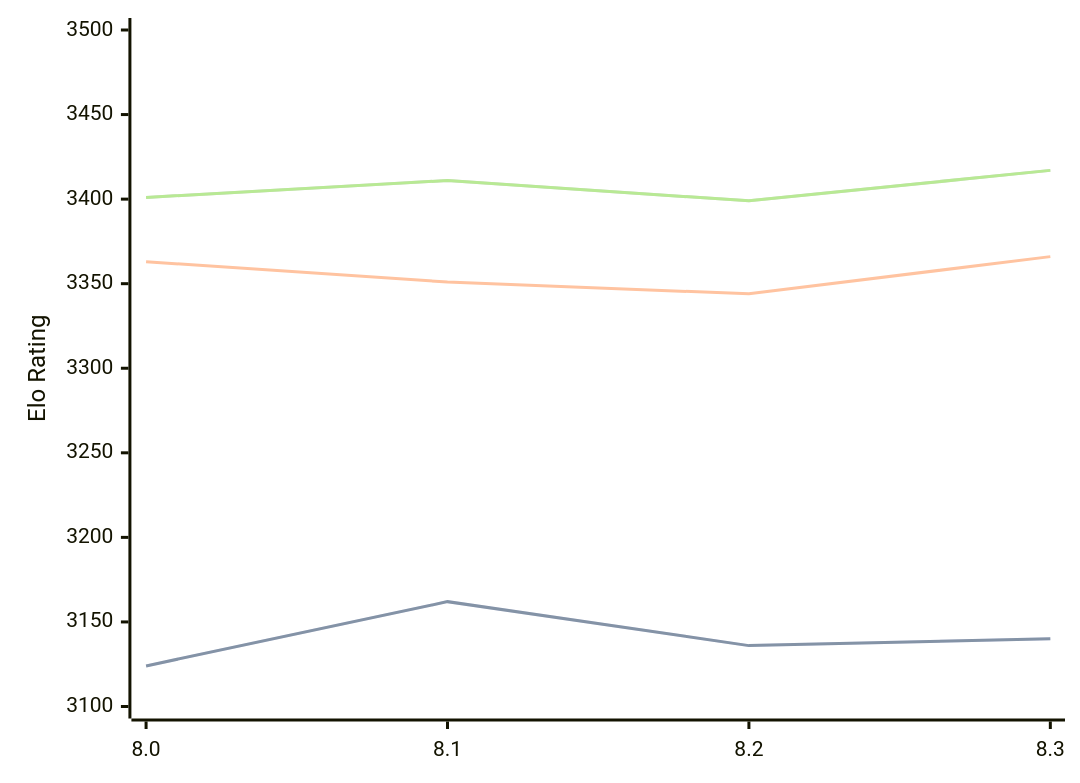
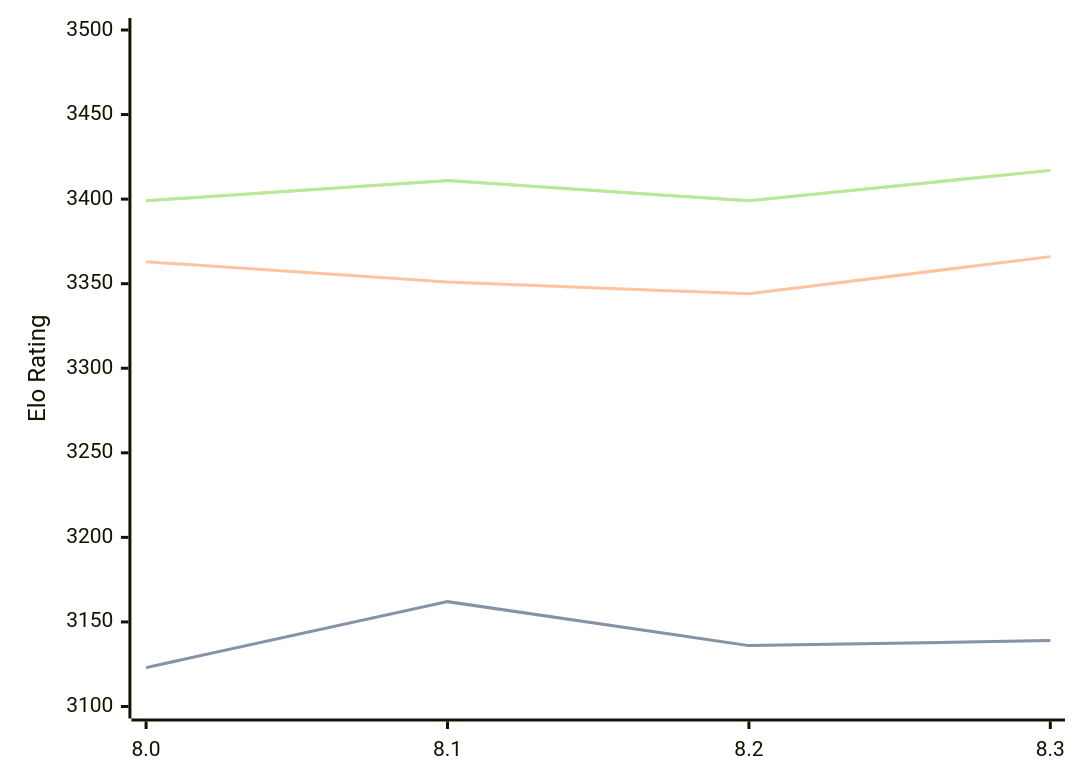
Before and after one commit to computer-chess-index/cci: the first of 3 diagrams in engines/Alexander.md, drawn with Mermaid. The commit also changed other lines of this file, not shown here.

Commit message:
Update CCI Ratings (ELO VLTC) - 2026-06-20

````diff
--- a/engines/Alexander.md
+++ b/engines/Alexander.md
@@ -48,11 +48,11 @@
 ```mermaid
 %%{init: {"theme":"base","themeVariables":{"seriesColors:['#a3a3a3','#222221','#faa371']}}}%%
 xychart-beta
   x-axis ["8.0", "8.1", "8.2", "8.3"]
   y-axis "Elo Rating" 3100 --> 3500
-  line "STC (8.0+0.08s)" [3124, 3162, 3136, 3140]
-  line "STC (8.0+0.08s)" [3124, 3162, 3136, 3140]
+  line "STC (8.0+0.08s)" [3123, 3162, 3136, 3139]
+  line "STC (8.0+0.08s)" [3123, 3162, 3136, 3139]
   line "LTC (60.0+0.60s)" [3363, 3351, 3344, 3366]
-  line "VLTC (2m24s+1.12s)" [3401, 3411, 3399, 3417]
-  line "VLTC (2m24s+1.12s)" [3401, 3411, 3399, 3417]
+  line "VLTC (2m24s+1.12s)" [3399, 3411, 3399, 3417]
+  line "VLTC (2m24s+1.12s)" [3399, 3411, 3399, 3417]
 ```
````
